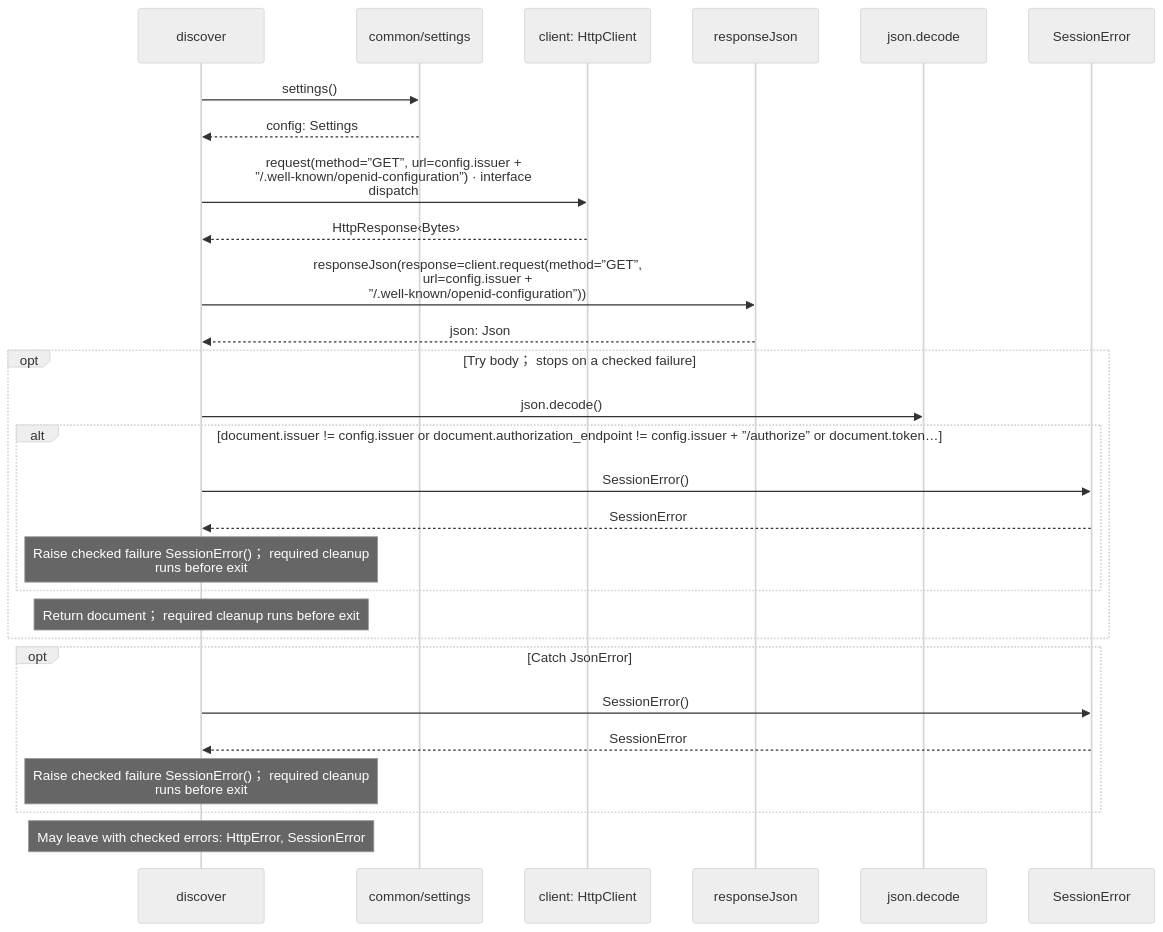
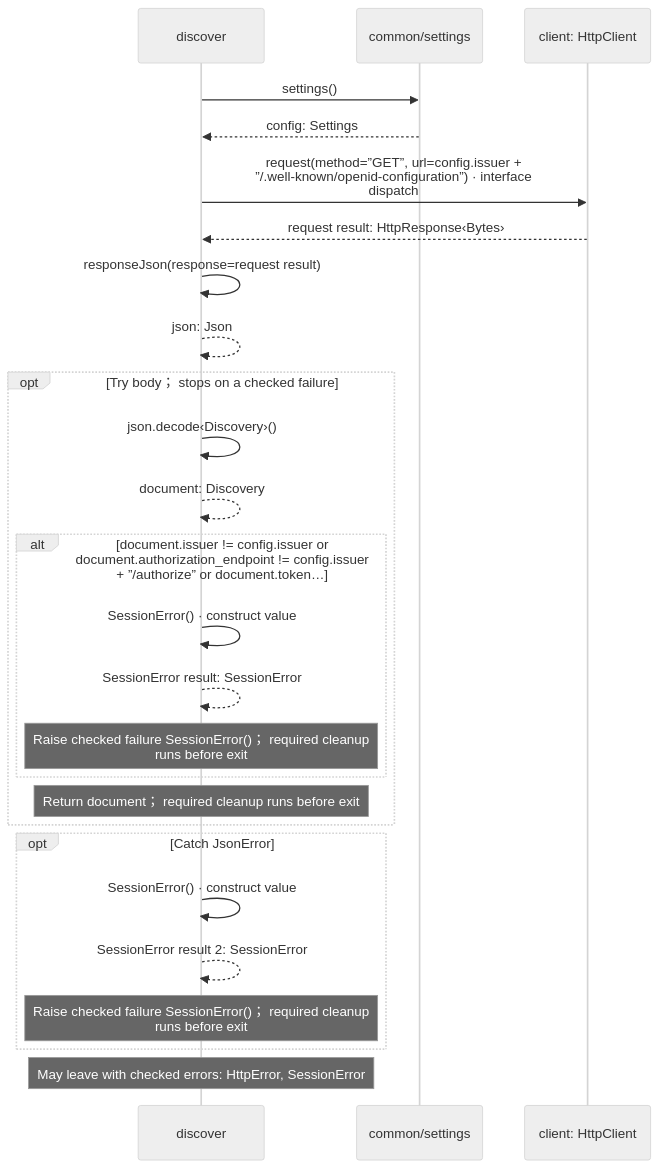
The sixth of 9 diagrams in docs/examples/oidc-login/client/protocol-diagrams.md (GreenPandaStudios/augscript), drawn with Mermaid (neutral theme) before and after one commit. The commit also changed other lines of this file and 304 other files, not shown here.

Commit message:
Make generated data-flow sequences concise and review every diagram

````diff
--- a/docs/examples/oidc-login/client/protocol-diagrams.md
+++ b/docs/examples/oidc-login/client/protocol-diagrams.md
@@ -153,30 +136,28 @@
 ```mermaid
 sequenceDiagram
     participant p0 as discover
     participant p1 as common/settings
     participant p2 as client: HttpClient
-    participant p3 as responseJson
-    participant p4 as json.decode
-    participant p5 as SessionError
     p0->>p1: settings()
     p1-->>p0: config: Settings
     p0->>p2: request(method=”GET”, url=config.issuer +<br/>”/.well-known/openid-configuration”) · interface<br/>dispatch
-    p2-->>p0: HttpResponse‹Bytes›
-    p0->>p3: responseJson(response=client.request(method=”GET”,<br/>url=config.issuer +<br/>”/.well-known/openid-configuration”))
-    p3-->>p0: json: Json
+    p2-->>p0: request result: HttpResponse‹Bytes›
+    p0->>p0: responseJson(response=request result)
+    p0-->>p0: json: Json
     opt Try body； stops on a checked failure
-    p0->>p4: json.decode()
+    p0->>p0: json.decode‹Discovery›()
+    p0-->>p0: document: Discovery
     alt document.issuer != config.issuer or document.authorization_endpoint != config.issuer + ”/authorize” or document.token…
-    p0->>p5: SessionError()
-    p5-->>p0: SessionError
+    p0->>p0: SessionError() · construct value
+    p0-->>p0: SessionError result: SessionError
     Note over p0: Raise checked failure SessionError()； required cleanup<br/>runs before exit
     end
     Note over p0: Return document； required cleanup runs before exit
     end
     opt Catch JsonError
-    p0->>p5: SessionError()
-    p5-->>p0: SessionError
+    p0->>p0: SessionError() · construct value
+    p0-->>p0: SessionError result 2: SessionError
     Note over p0: Raise checked failure SessionError()； required cleanup<br/>runs before exit
     end
     Note over p0: May leave with checked errors: HttpError, SessionError
 ```
````
